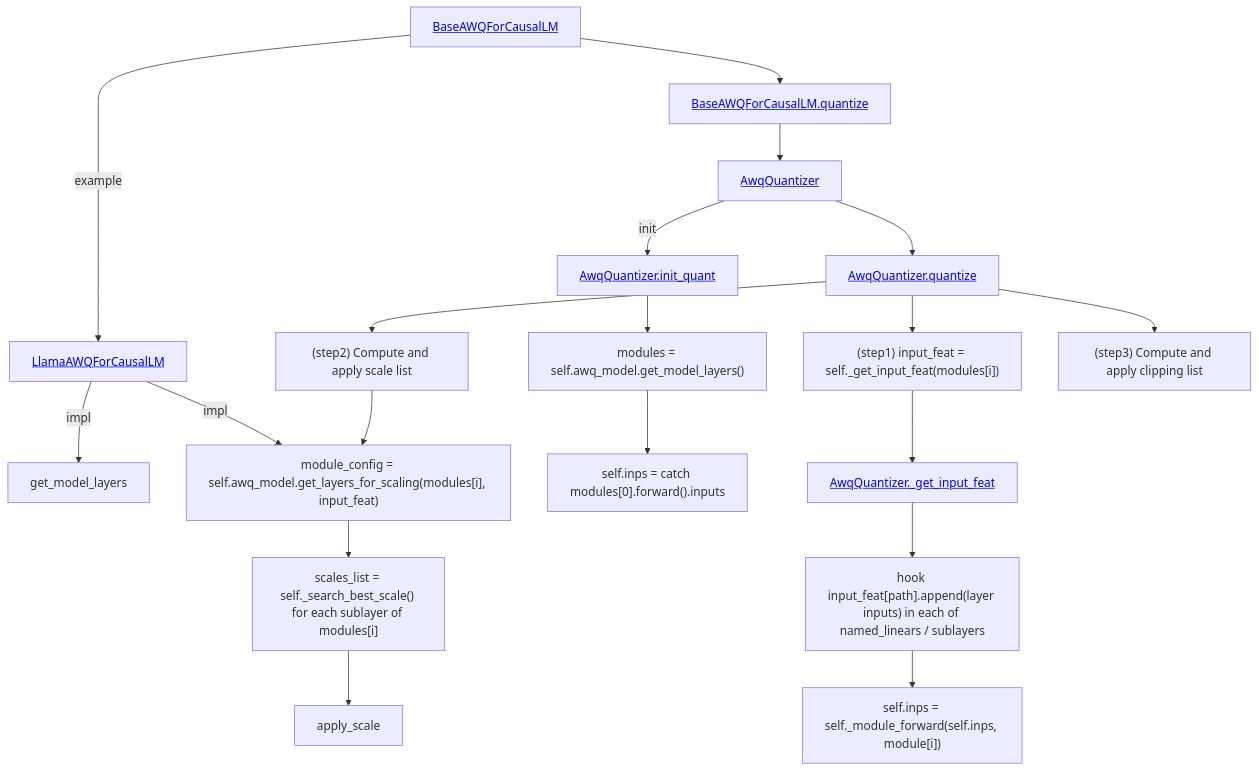
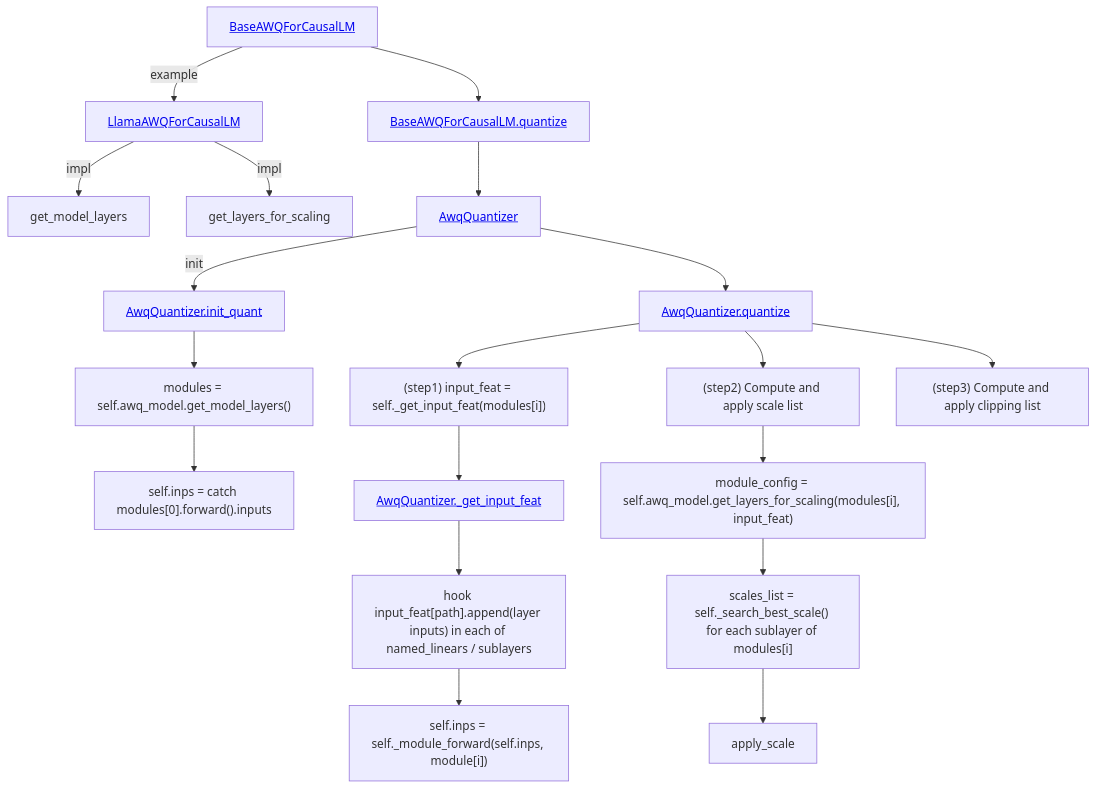
Before and after one commit to w32zhong/AutoAWQ: the diagram in README.md, drawn with Mermaid.

````diff
--- a/README.md
+++ b/README.md
@@ -2,34 +2,34 @@
 ```mermaid
 graph TD;
     BaseAWQForCausalLM[<a href="https://github.com/w32zhong/AutoAWQ/blob/1c5787f5c44acc2753c0e30e4b59412343cb4a71/awq/models/base.py#L89">BaseAWQForCausalLM</a>]
     LlamaAWQForCausalLM[<a href="https://github.com/w32zhong/AutoAWQ/blob/1c5787f5c44acc2753c0e30e4b59412343cb4a71/awq/models/llama.py#L14">LlamaAWQForCausalLM</a>]
     BaseAWQForCausalLM -->|example| LlamaAWQForCausalLM
     LlamaAWQForCausalLM -->|impl| get_model_layers
     LlamaAWQForCausalLM -->|impl| get_layers_for_scaling
 
     BaseAWQForCausalLM_quantize[<a href="https://github.com/w32zhong/AutoAWQ/blob/1c5787f5c44acc2753c0e30e4b59412343cb4a71/awq/models/base.py#L129">BaseAWQForCausalLM.quantize</a>]
     BaseAWQForCausalLM --> BaseAWQForCausalLM_quantize --> AwqQuantizer
     AwqQuantizer[<a href="https://github.com/w32zhong/AutoAWQ/blob/1c5787f5c44acc2753c0e30e4b59412343cb4a71/awq/quantize/quantizer.py#L27">AwqQuantizer</a>]
     AwqQuantizer -->|init| AwqQuantizer.init_quant
     AwqQuantizer.init_quant[<a href="https://github.com/w32zhong/AutoAWQ/blob/1c5787f5c44acc2753c0e30e4b59412343cb4a71/awq/quantize/quantizer.py#L544">AwqQuantizer.init_quant</a>]
     AwqQuantizer.init_quant --> get_model_layers__call --> first_inp
     get_model_layers__call["modules = self.awq_model.get_model_layers()"]
     first_inp["self.inps = catch modules[0].forward().inputs"]
 
     AwqQuantizer --> AwqQuantizer.quantize
     AwqQuantizer.quantize[<a href="https://github.com/w32zhong/AutoAWQ/blob/1c5787f5c44acc2753c0e30e4b59412343cb4a71/awq/quantize/quantizer.py#L126">AwqQuantizer.quantize</a>]
     AwqQuantizer.quantize --> _get_input_feat__call --> _get_input_feat --> hook_sublayers --> _module_forward 
     _get_input_feat__call["(step1) input_feat = self._get_input_feat(modules[i])"]
     _get_input_feat[<a href="https://github.com/w32zhong/AutoAWQ/blob/1c5787f5c44acc2753c0e30e4b59412343cb4a71/awq/quantize/quantizer.py#L609">AwqQuantizer._get_input_feat</a>]
     hook_sublayers["hook input_feat[path].append(layer inputs) in each of named_linears / sublayers"]
     _module_forward["self.inps = self._module_forward(self.inps, module[i])"]
 
     AwqQuantizer.quantize --> step2
     AwqQuantizer.quantize --> step3
     step2["(step2) Compute and apply scale list"]
     step3["(step3) Compute and apply clipping list"]
 
-    step2 --> get_layers_for_scaling --> _search_best_scale_call --> apply_scale
-    get_layers_for_scaling["module_config = self.awq_model.get_layers_for_scaling(modules[i], input_feat)"]
+    step2 --> get_layers_for_scaling_call --> _search_best_scale_call --> apply_scale
+    get_layers_for_scaling_call["module_config = self.awq_model.get_layers_for_scaling(modules[i], input_feat)"]
     _search_best_scale_call["scales_list = self._search_best_scale() for each sublayer of modules[i]"]
 ```
````
